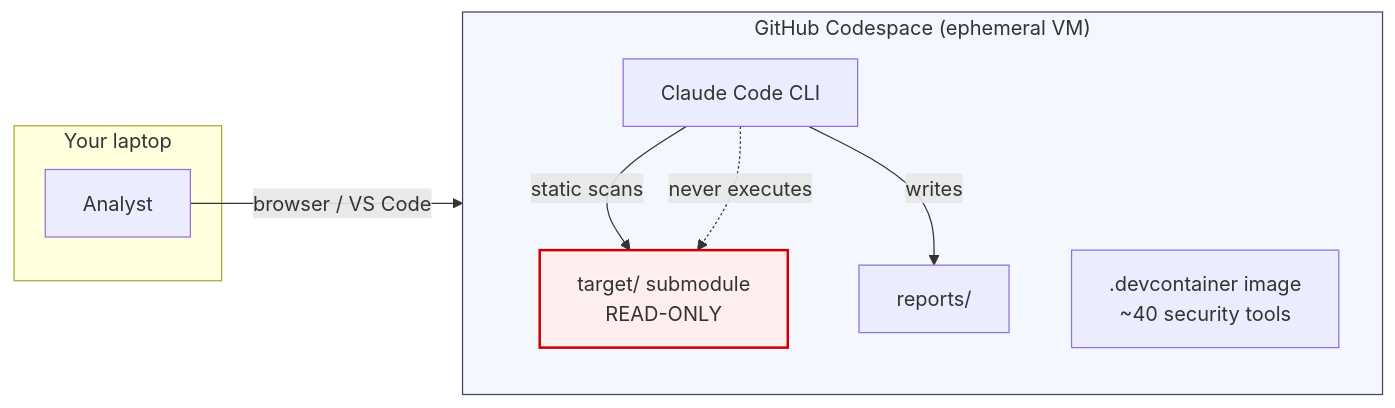
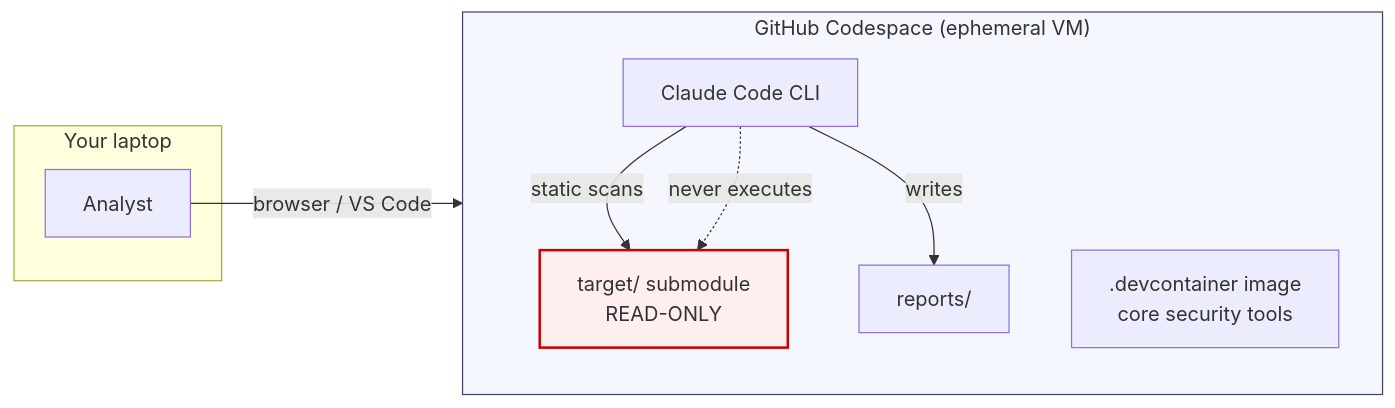
Before and after one commit to rasata/coldvault.dev: the third of 3 diagrams in README.md, drawn with Mermaid. The commit also changed other lines of this file and 3 other files, not shown here.

First line of the commit message:
Slim Dockerfile to core tools; add optional-tools installer; update README

````diff
--- a/README.md
+++ b/README.md
@@ -179,20 +181,20 @@
 ```mermaid
 flowchart LR
     subgraph HOST["Your laptop"]
       UA[Analyst]
     end
     subgraph CODESPACE["GitHub Codespace (ephemeral VM)"]
       direction TB
       CL[Claude Code CLI]
-      FS[".devcontainer image<br/>~40 security tools"]
+      FS[".devcontainer image<br/>core security tools"]
       TG[target/ submodule<br/>READ-ONLY]
       RS[reports/]
     end
     UA -- browser / VS Code --> CL
     CL -- static scans --> TG
     CL -- writes --> RS
     CL -. never executes .-> TG
 
     style TG fill:#fee,stroke:#c00,stroke-width:2px
     style CODESPACE fill:#f5f7ff,stroke:#446
 ```
````
